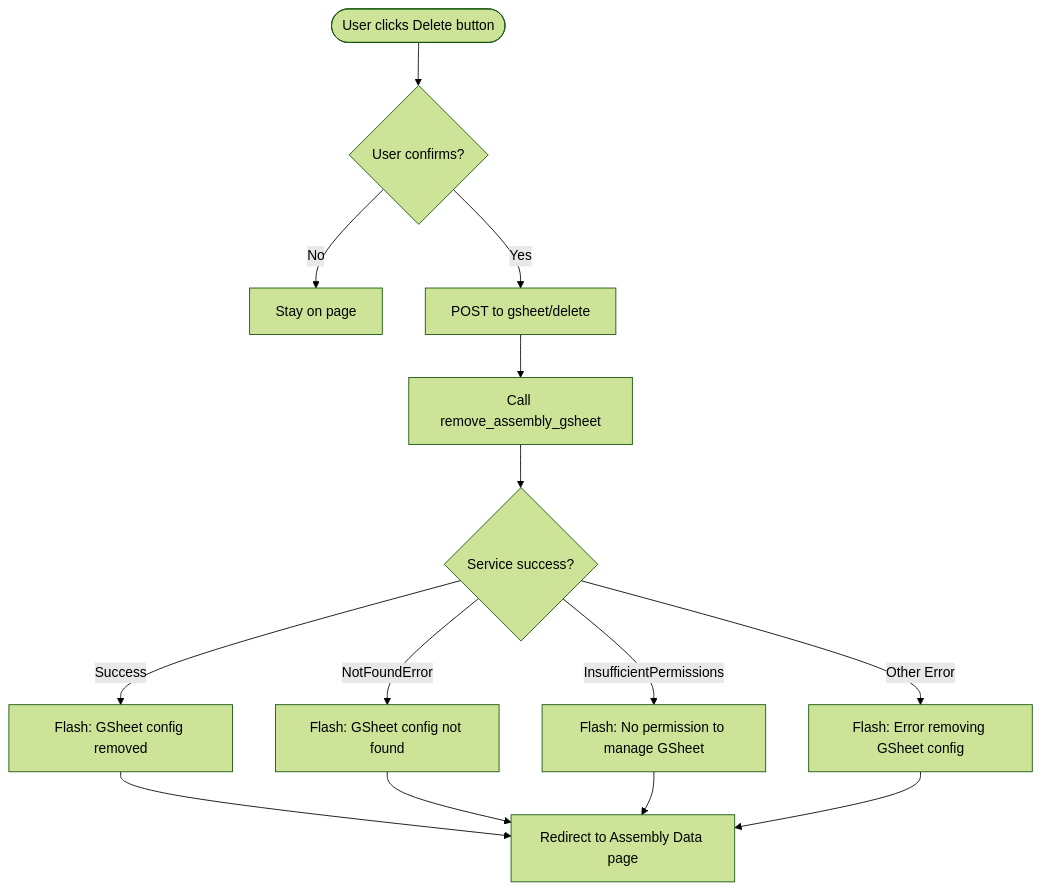
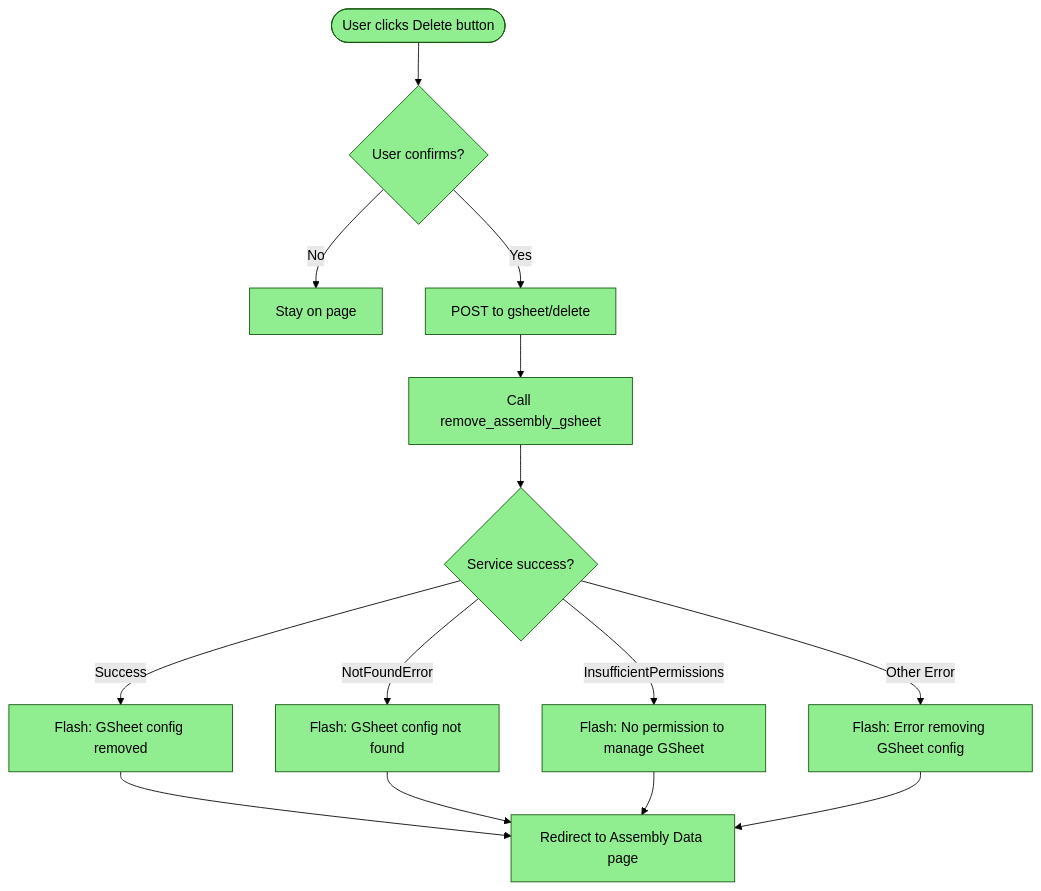
Before and after one commit to sortitionfoundation/opendlp: the second of 2 diagrams in backend/docs/csv-upload-and-gsheet-flow-redesign-spec.md, drawn with Mermaid (forest theme). The commit also changed other lines of this file and 3 other files, not shown here.

````diff
--- a/backend/docs/csv-upload-and-gsheet-flow-redesign-spec.md
+++ b/backend/docs/csv-upload-and-gsheet-flow-redesign-spec.md
@@ -175,21 +175,34 @@
 ```mermaid
 flowchart TD
     Start([User clicks Delete button]) --> ConfirmDelete{User confirms?}
 
     ConfirmDelete -->|No| Cancel[Stay on page]
     ConfirmDelete -->|Yes| SubmitDelete[POST to gsheet/delete]
 
     SubmitDelete --> CallRemove[Call remove_assembly_gsheet]
 
     CallRemove --> RemoveResult{Service success?}
 
     RemoveResult -->|Success| FlashSuccess[Flash: GSheet config removed]
     RemoveResult -->|NotFoundError| FlashNotFound[Flash: GSheet config not found]
     RemoveResult -->|InsufficientPermissions| FlashPerm[Flash: No permission to manage GSheet]
     RemoveResult -->|Other Error| FlashError[Flash: Error removing GSheet config]
 
     FlashSuccess --> RedirectData[Redirect to Assembly Data page]
     FlashNotFound --> RedirectData
     FlashPerm --> RedirectData
     FlashError --> RedirectData
+
+    %% Styling: Green = implemented, White = not yet implemented
+    style Start fill:#90EE90,color:#000
+    style ConfirmDelete fill:#90EE90,color:#000
+    style Cancel fill:#90EE90,color:#000
+    style SubmitDelete fill:#90EE90,color:#000
+    style CallRemove fill:#90EE90,color:#000
+    style RemoveResult fill:#90EE90,color:#000
+    style FlashSuccess fill:#90EE90,color:#000
+    style FlashNotFound fill:#90EE90,color:#000
+    style FlashPerm fill:#90EE90,color:#000
+    style FlashError fill:#90EE90,color:#000
+    style RedirectData fill:#90EE90,color:#000
 ```
````
